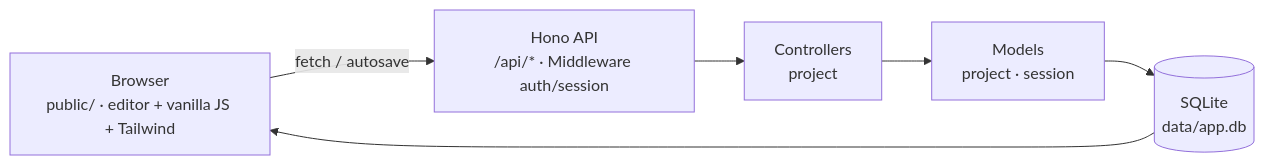
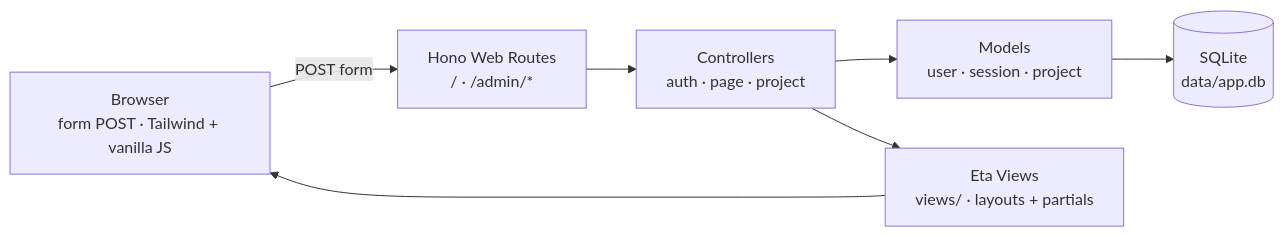
The diagram in README.md (ccit-venture/dider), drawn with Mermaid before and after one commit. The commit also changed other lines of this file and 35 other files, not shown here.

First line of the commit message:
feat: ganti API JSON dengan server-rendered views (Eta + form POST)

````diff
--- a/README.md
+++ b/README.md
@@ -23,14 +25,16 @@
 ```mermaid
 flowchart LR
-    Browser["Browser<br/>public/ · editor + vanilla JS + Tailwind"]
-    API["Hono API<br/>/api/* · Middleware auth/session"]
-    Ctrl["Controllers<br/>project"]
-    Model["Models<br/>project · session"]
+    Browser["Browser<br/>form POST · Tailwind + vanilla JS"]
+    Web["Hono Web Routes<br/>/ · /admin/*"]
+    Ctrl["Controllers<br/>auth · page · project"]
+    Model["Models<br/>user · session · project"]
+    View["Eta Views<br/>views/ · layouts + partials"]
     DB[("SQLite<br/>data/app.db")]
 
-    Browser -->|fetch / autosave| API
-    API --> Ctrl
+    Browser -->|POST form| Web
+    Web --> Ctrl
     Ctrl --> Model
     Model --> DB
-    DB --> Browser
+    Ctrl --> View
+    View --> Browser
 ```
````
